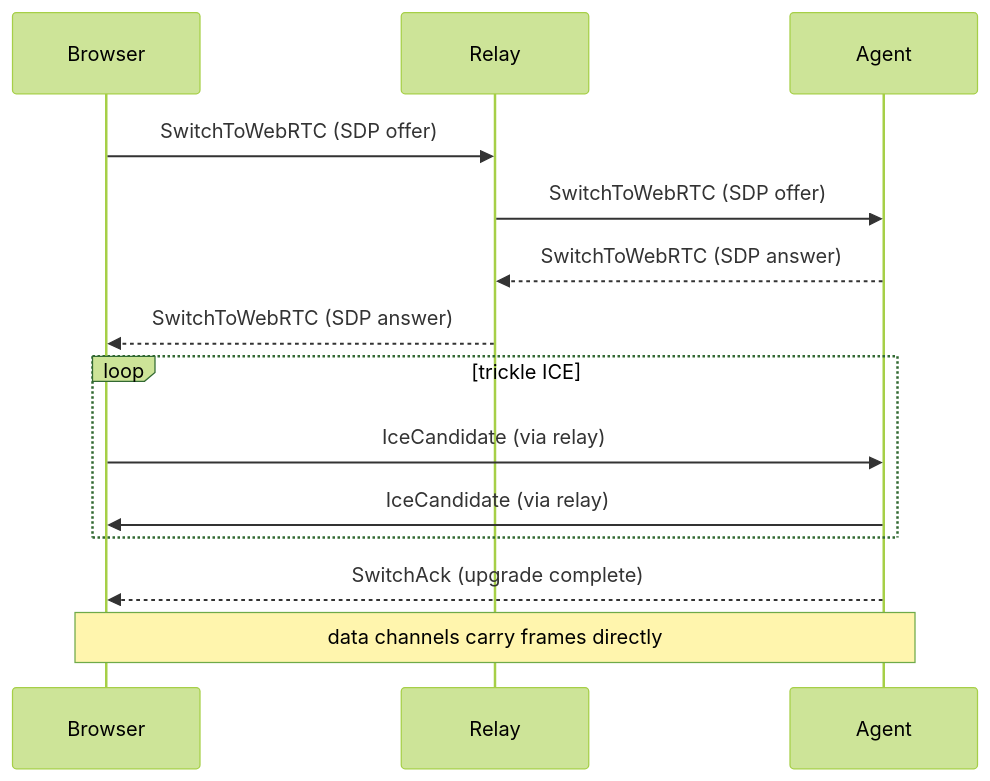
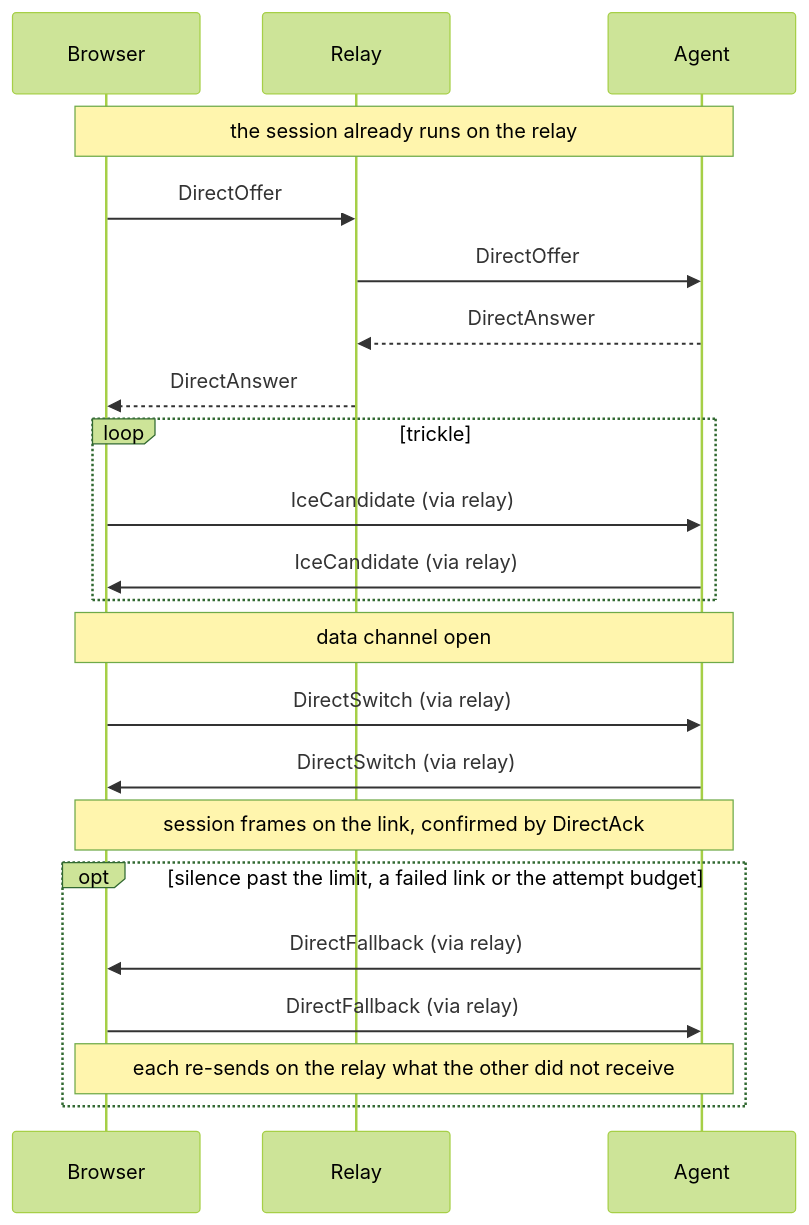
The sixth of 6 diagrams in docs/architecture/System-Architecture.md (volchanskyi/opengate), drawn with Mermaid (forest theme) before and after one commit. The commit also changed other lines of this file and 405 other files, not shown here.

````diff
--- a/docs/architecture/System-Architecture.md
+++ b/docs/architecture/System-Architecture.md
@@ -300,17 +303,25 @@
 ```mermaid
 sequenceDiagram
   participant Browser
   participant Relay
   participant Agent
 
-  Browser->>Relay: SwitchToWebRTC (SDP offer)
-  Relay->>Agent: SwitchToWebRTC (SDP offer)
-  Agent-->>Relay: SwitchToWebRTC (SDP answer)
-  Relay-->>Browser: SwitchToWebRTC (SDP answer)
-  loop trickle ICE
+  Note over Browser,Agent: the session already runs on the relay
+  Browser->>Relay: DirectOffer
+  Relay->>Agent: DirectOffer
+  Agent-->>Relay: DirectAnswer
+  Relay-->>Browser: DirectAnswer
+  loop trickle
     Browser->>Agent: IceCandidate (via relay)
     Agent->>Browser: IceCandidate (via relay)
   end
-  Agent-->>Browser: SwitchAck (upgrade complete)
-  Note over Browser,Agent: data channels carry frames directly
+  Note over Browser,Agent: data channel open
+  Browser->>Agent: DirectSwitch (via relay)
+  Agent->>Browser: DirectSwitch (via relay)
+  Note over Browser,Agent: session frames on the link, confirmed by DirectAck
+  opt silence past the limit, a failed link or the attempt budget
+    Agent->>Browser: DirectFallback (via relay)
+    Browser->>Agent: DirectFallback (via relay)
+    Note over Browser,Agent: each re-sends on the relay what the other did not receive
+  end
 ```
````
